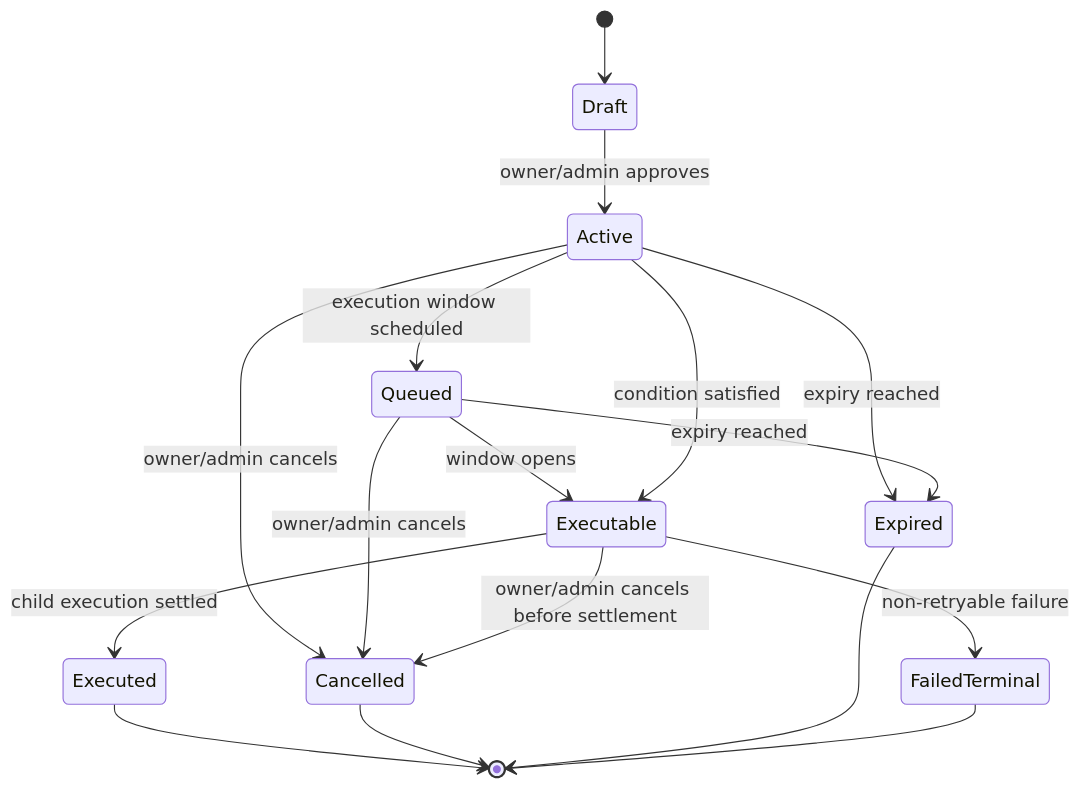
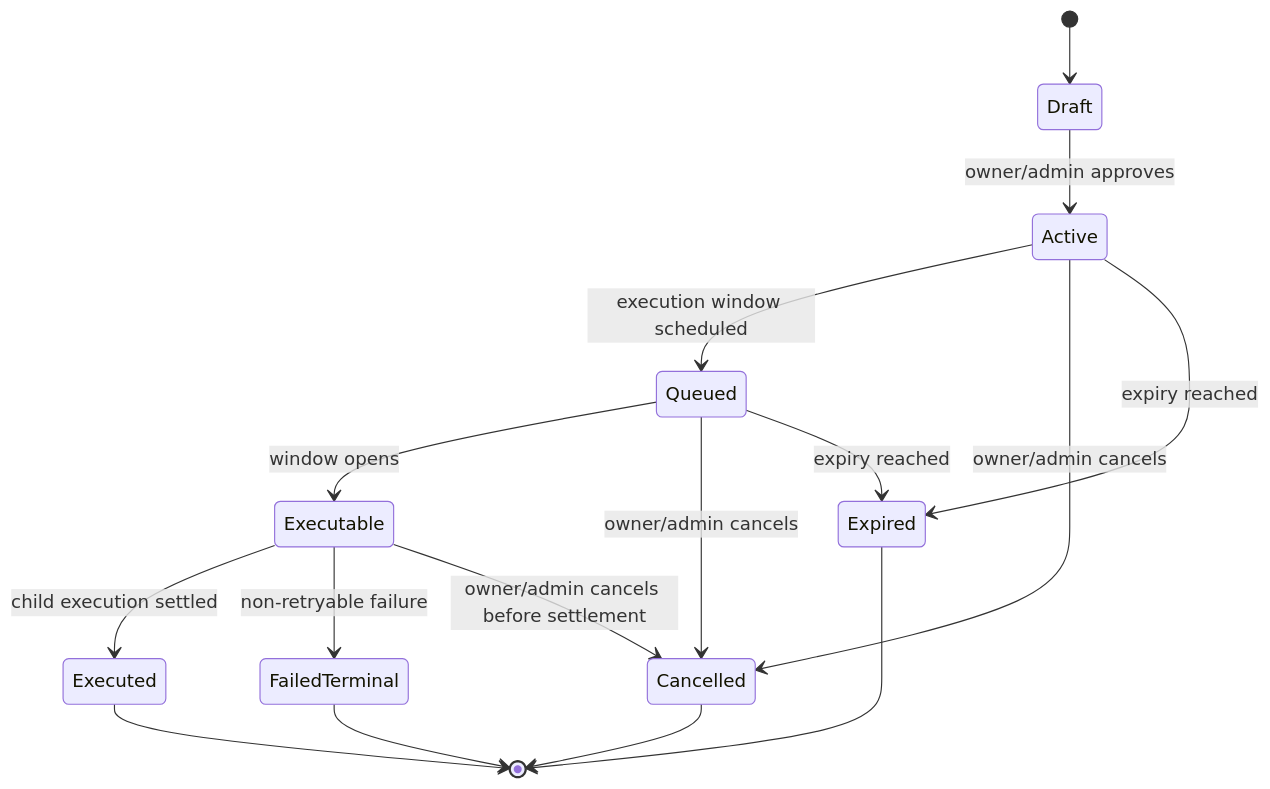
One commit to Frihat-dev/smart-wallet-stellar changed the ninth of 14 diagrams in docs/TECHNICAL_ARCHITECTURE.md. Above: the diagram before and after it, drawn with Mermaid. The commit also changed other lines of this file, not shown here.

Commit message:
docs: align technical architecture with launch scope

````diff
--- a/docs/TECHNICAL_ARCHITECTURE.md
+++ b/docs/TECHNICAL_ARCHITECTURE.md
@@ -1305,19 +1287,18 @@
 ```mermaid
 stateDiagram-v2
     [*] --> Draft
     Draft --> Active: owner/admin approves
     Active --> Queued: execution window scheduled
     Queued --> Executable: window opens
-    Active --> Executable: condition satisfied
     Executable --> Executed: child execution settled
     Executable --> FailedTerminal: non-retryable failure
     Active --> Cancelled: owner/admin cancels
     Queued --> Cancelled: owner/admin cancels
     Executable --> Cancelled: owner/admin cancels before settlement
     Active --> Expired: expiry reached
     Queued --> Expired: expiry reached
     Executed --> [*]
     Cancelled --> [*]
     Expired --> [*]
     FailedTerminal --> [*]
 ```
````
